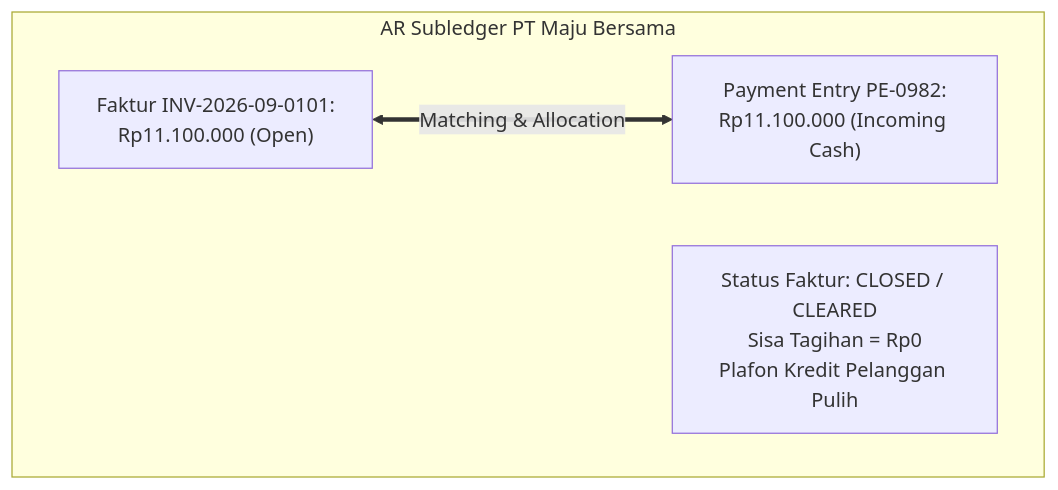
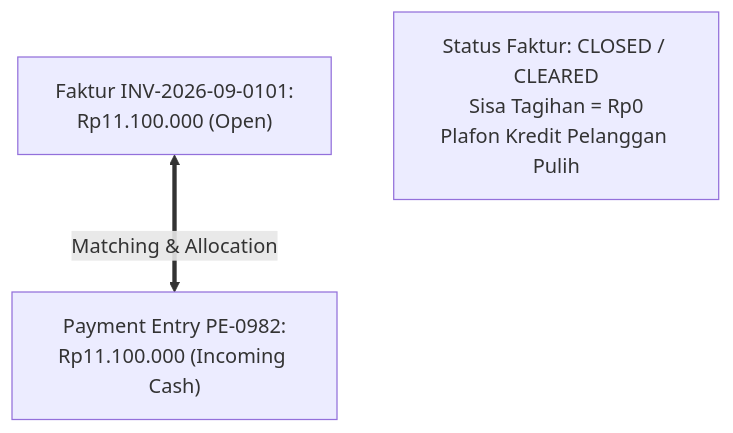
One commit to alimurrofid/erp-notes changed the second of 2 diagrams in content/03-sales/accounts-receivable-integration.md. Above: the diagram before and after it, drawn with Mermaid. The commit also changed 58 other files, not shown here.

Commit message:
fix(content):Mermaid Subgraph

````diff
--- a/content/03-sales/accounts-receivable-integration.md
+++ b/content/03-sales/accounts-receivable-integration.md
@@ -93,9 +93,7 @@
 ```mermaid
 flowchart TD
-    subgraph AR_Subledger["AR Subledger PT Maju Bersama"]
         Item1["Faktur INV-2026-09-0101:<br/>Rp11.100.000 (Open)"]
         PayEntry["Payment Entry PE-0982:<br/>Rp11.100.000 (Incoming Cash)"]
         Item1 <== Matching & Allocation ==> PayEntry
         Result["Status Faktur: CLOSED / CLEARED<br/>Sisa Tagihan = Rp0<br/>Plafon Kredit Pelanggan Pulih"]
-    end
 ```
````
